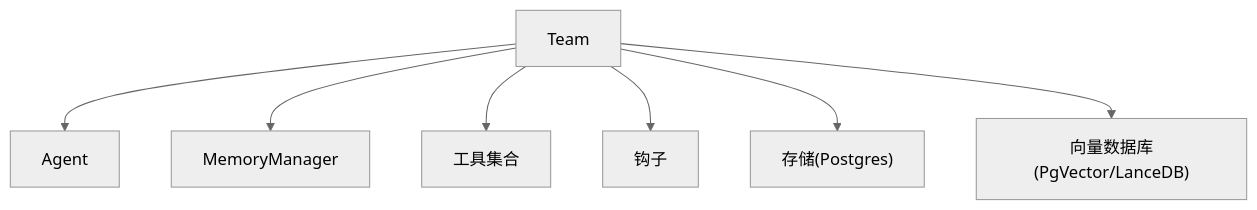
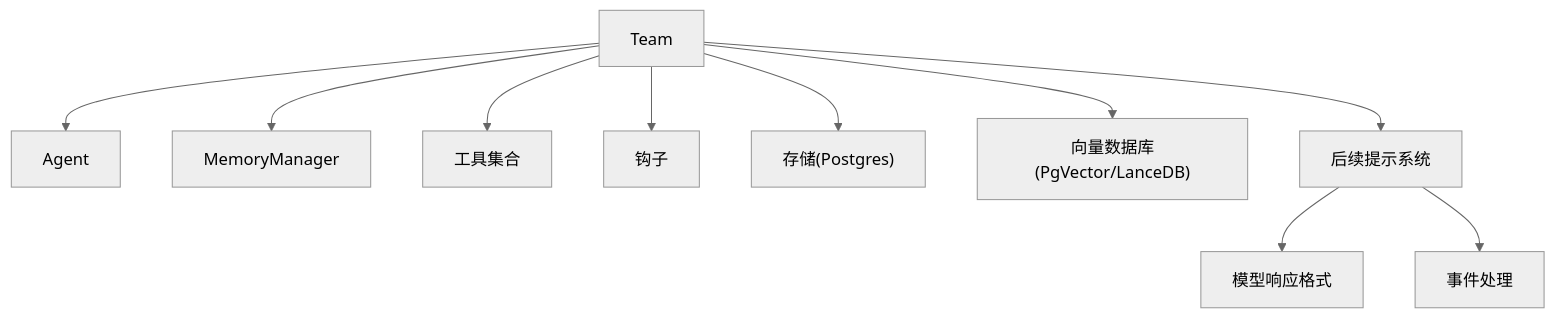
Diagram 15 of 15 in .qoder/repowiki/zh/content/团队系统/团队系统.md (defulat-coder/agno-learn), drawn with Mermaid (neutral theme) before and after one commit. The commit also changed other lines of this file and 1683 other files, not shown here.

````diff
--- a/.qoder/repowiki/zh/content/团队系统/团队系统.md
+++ b/.qoder/repowiki/zh/content/团队系统/团队系统.md
@@ -433,9 +503,12 @@
 ```mermaid
 graph TB
 Team["Team"] --> Agent["Agent"]
 Team --> Mem["MemoryManager"]
 Team --> Tools["工具集合"]
 Team --> Hooks["钩子"]
 Team --> DB["存储(Postgres)"]
 Team --> VDB["向量数据库(PgVector/LanceDB)"]
+Team --> Followups["后续提示系统"]
+Followups --> Model["模型响应格式"]
+Followups --> Events["事件处理"]
 ```
````
